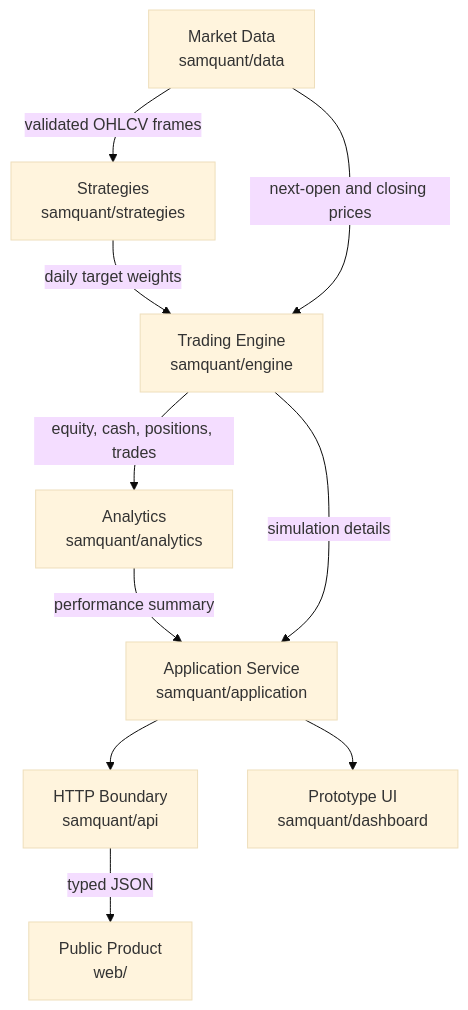
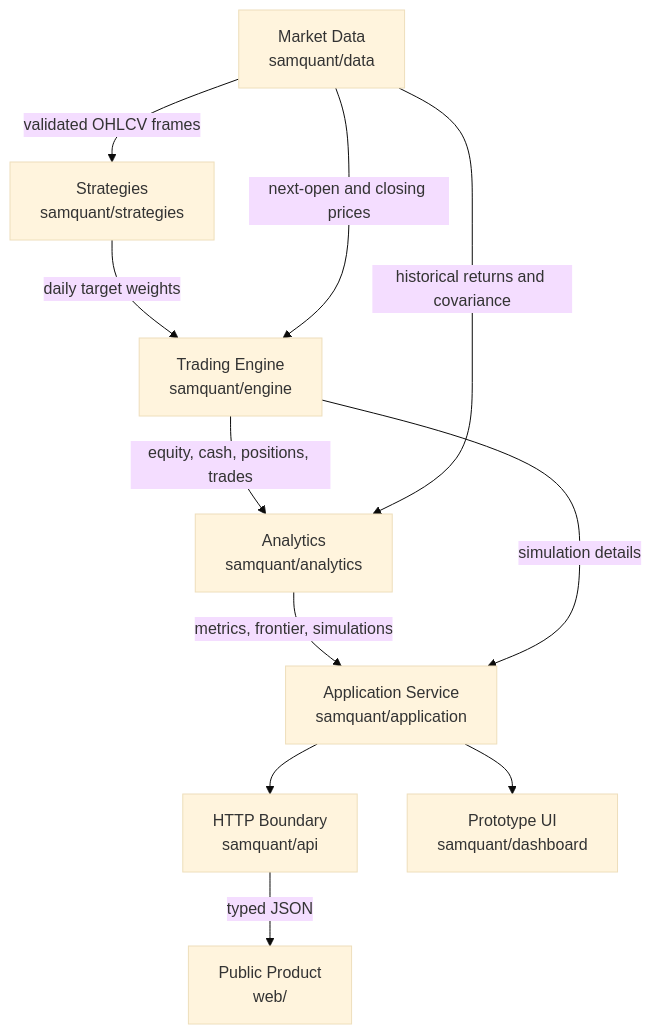
The first of 2 diagrams in docs/architecture.md (samanyuahuja/SamQuant), drawn with Mermaid (base theme) before and after one commit. The commit also changed other lines of this file and 32 other files, not shown here.

````diff
--- a/docs/architecture.md
+++ b/docs/architecture.md
@@ -5,21 +5,22 @@
 ```mermaid
 flowchart TD
     DATA["Market Data<br/>samquant/data"]
     STRATEGY["Strategies<br/>samquant/strategies"]
     ENGINE["Trading Engine<br/>samquant/engine"]
     ANALYTICS["Analytics<br/>samquant/analytics"]
     APPLICATION["Application Service<br/>samquant/application"]
     API["HTTP Boundary<br/>samquant/api"]
     STREAMLIT["Prototype UI<br/>samquant/dashboard"]
     WEB["Public Product<br/>web/"]
 
     DATA -->|validated OHLCV frames| STRATEGY
     STRATEGY -->|daily target weights| ENGINE
     DATA -->|next-open and closing prices| ENGINE
     ENGINE -->|equity, cash, positions, trades| ANALYTICS
-    ANALYTICS -->|performance summary| APPLICATION
+    DATA -->|historical returns and covariance| ANALYTICS
+    ANALYTICS -->|metrics, frontier, simulations| APPLICATION
     ENGINE -->|simulation details| APPLICATION
     APPLICATION --> API
     APPLICATION --> STREAMLIT
     API -->|typed JSON| WEB
 ```
````
